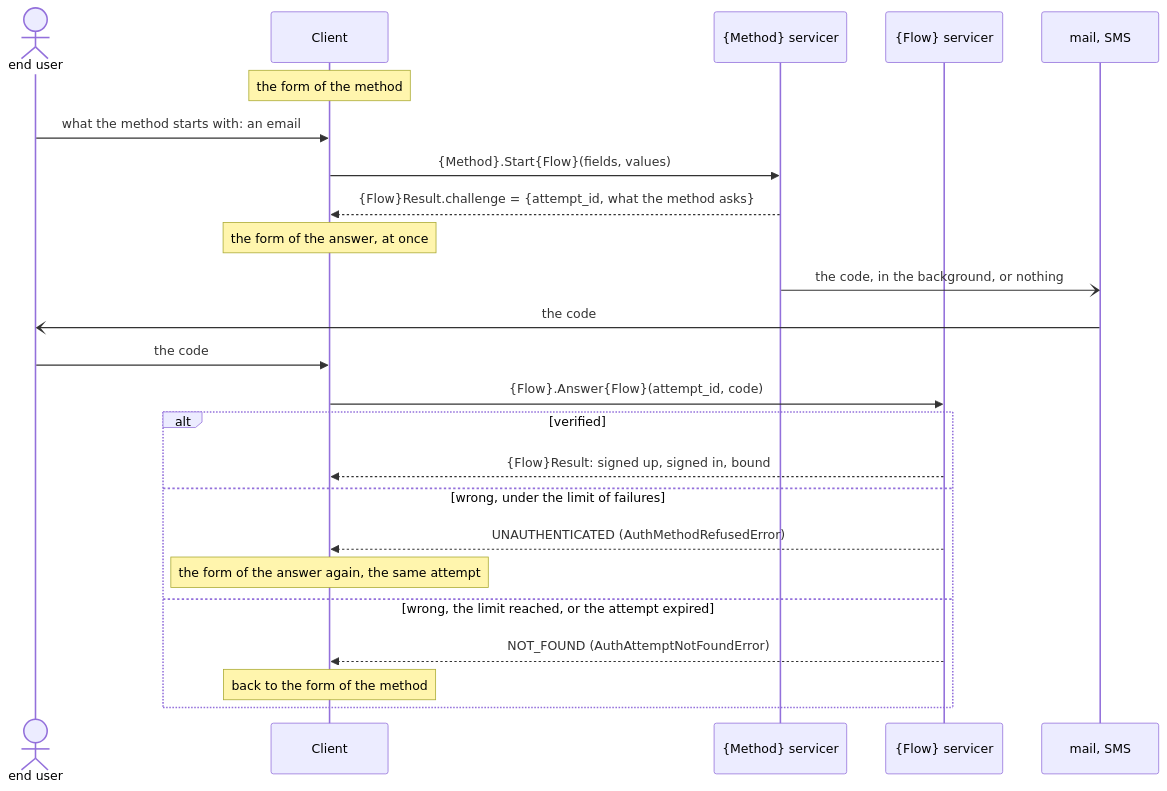
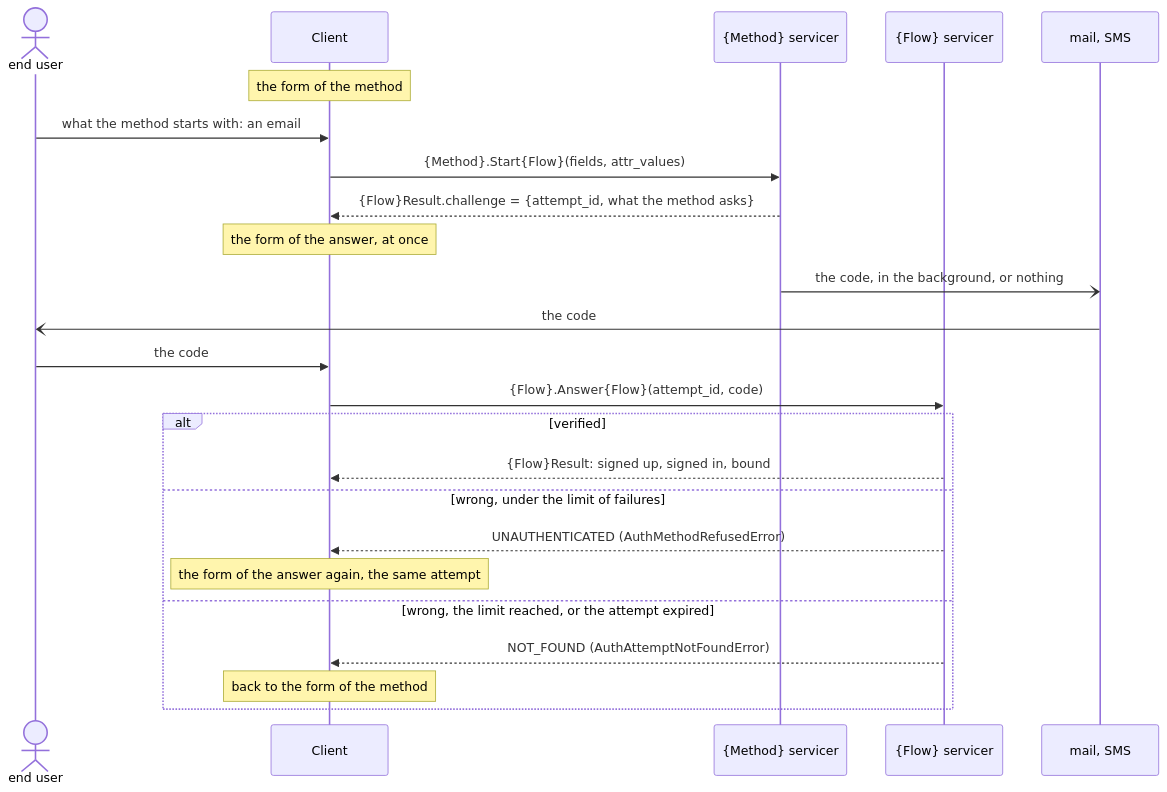
The second of 4 diagrams in docs/design/auth/methods/README.md (ak-ingots/ingots-libs), drawn with Mermaid before and after one commit. The commit also changed other lines of this file and 8 other files, not shown here.

````diff
--- a/docs/design/auth/methods/README.md
+++ b/docs/design/auth/methods/README.md
@@ -167,26 +167,26 @@
 ```mermaid
 sequenceDiagram
     actor User as end user
     participant Client
     participant Method as {Method} servicer
     participant Flow as {Flow} servicer
     participant Outside as mail, SMS
     Note over Client: the form of the method
     User->>Client: what the method starts with: an email
-    Client->>Method: {Method}.Start{Flow}(fields, values)
+    Client->>Method: {Method}.Start{Flow}(fields, attr_values)
     Method-->>Client: {Flow}Result.challenge = {attempt_id, what the method asks}
     Note over Client: the form of the answer, at once
     Method-)Outside: the code, in the background, or nothing
     Outside-)User: the code
     User->>Client: the code
     Client->>Flow: {Flow}.Answer{Flow}(attempt_id, code)
     alt verified
         Flow-->>Client: {Flow}Result: signed up, signed in, bound
     else wrong, under the limit of failures
         Flow-->>Client: UNAUTHENTICATED (AuthMethodRefusedError)
         Note over Client: the form of the answer again, the same attempt
     else wrong, the limit reached, or the attempt expired
         Flow-->>Client: NOT_FOUND (AuthAttemptNotFoundError)
         Note over Client: back to the form of the method
     end
 ```
````
